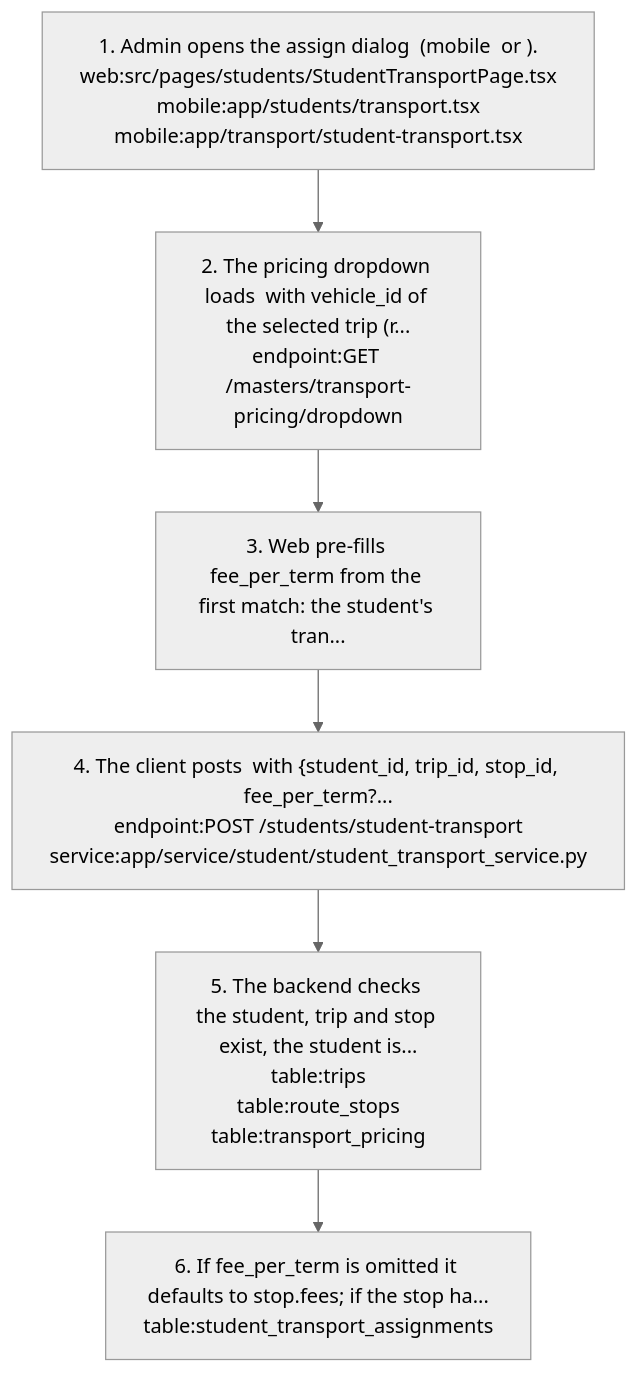
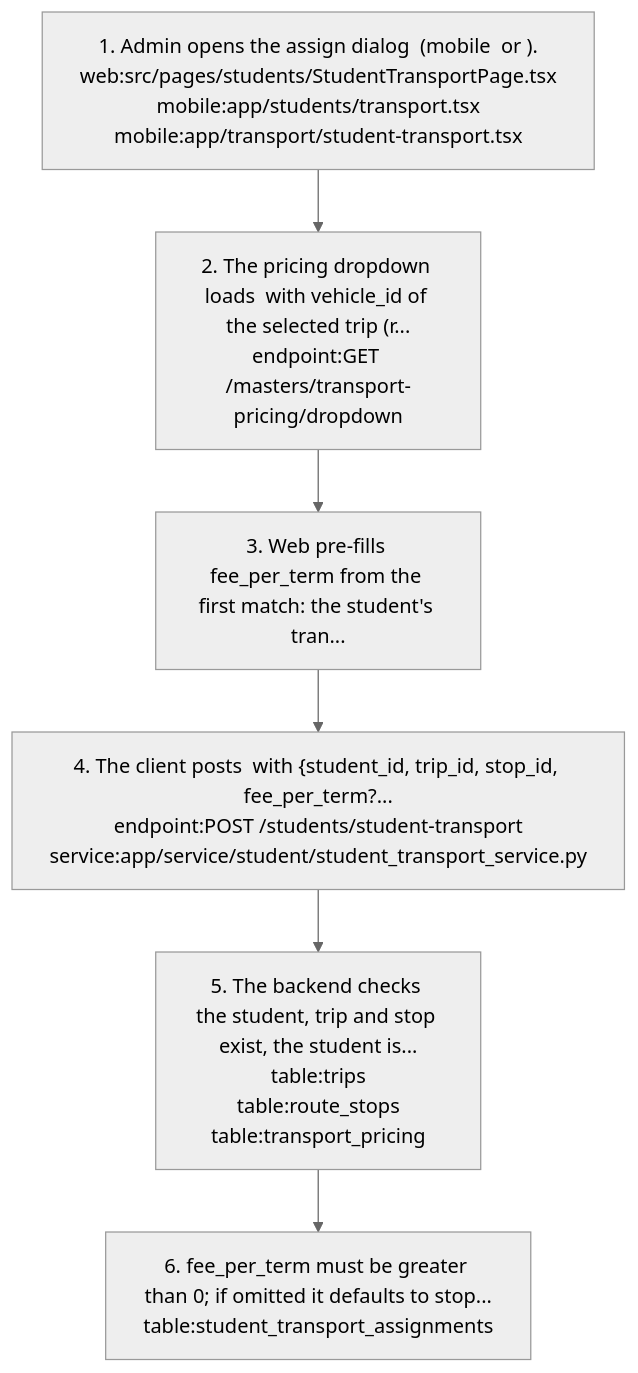
One commit to nerellasraj21/cos360_full_app changed the third of 8 diagrams in docs/graph/views/transport.md. Above: the diagram before and after it, drawn with Mermaid (neutral theme). The commit also changed other lines of this file and 44 other files, not shown here.

First line of the commit message:
Re-verify project docs and knowledge graph against current code

````diff
--- a/docs/graph/views/transport.md
+++ b/docs/graph/views/transport.md
@@ -169,14 +171,14 @@
 ```mermaid
 flowchart TD
   s1["1. Admin opens the assign dialog  (mobile  or ).<br/>web:src/pages/students/StudentTransportPage.tsx<br/>mobile:app/students/transport.tsx<br/>mobile:app/transport/student-transport.tsx"]
   s2["2. The pricing dropdown loads  with vehicle_id of the selected trip (r...<br/>endpoint:GET /masters/transport-pricing/dropdown"]
   s1 --> s2
   s3["3. Web pre-fills fee_per_term from the first match: the student's tran..."]
   s2 --> s3
   s4["4. The client posts  with {student_id, trip_id, stop_id, fee_per_term?...<br/>endpoint:POST /students/student-transport<br/>service:app/service/student/student_transport_service.py"]
   s3 --> s4
   s5["5. The backend checks the student, trip and stop exist, the student is...<br/>table:trips<br/>table:route_stops<br/>table:transport_pricing"]
   s4 --> s5
-  s6["6. If fee_per_term is omitted it defaults to stop.fees; if the stop ha...<br/>table:student_transport_assignments"]
+  s6["6. fee_per_term must be greater than 0; if omitted it defaults to stop...<br/>table:student_transport_assignments"]
   s5 --> s6
 ```
````
